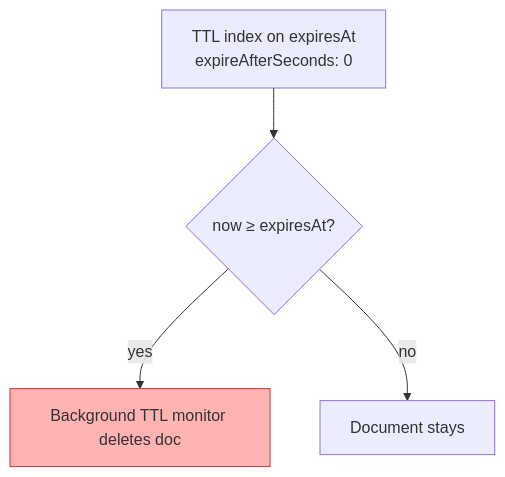
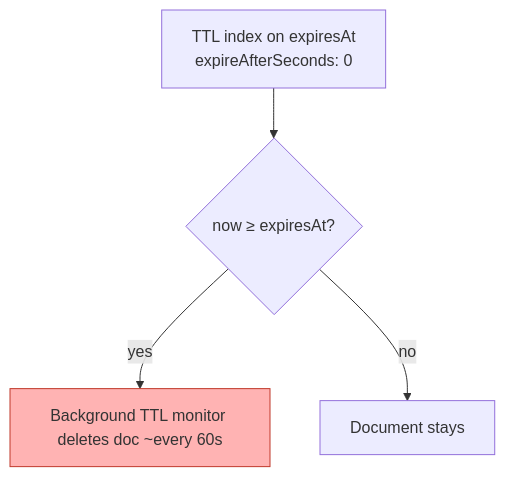
The second of 3 diagrams in 06-basic-level-system-design-problems/04-url-shortener-schema.md (ravics09/system-design-pro), drawn with Mermaid before and after one commit. The commit also changed other lines of this file and 5 other files, not shown here.

````diff
--- a/06-basic-level-system-design-problems/04-url-shortener-schema.md
+++ b/06-basic-level-system-design-problems/04-url-shortener-schema.md
@@ -120,7 +137,7 @@
 ```mermaid
 flowchart TD
     A["TTL index on expiresAt<br/>expireAfterSeconds: 0"] --> B{now ≥ expiresAt?}
-    B -->|yes| C[Background TTL monitor deletes doc]
+    B -->|yes| C[Background TTL monitor deletes doc ~every 60s]
     B -->|no| D[Document stays]
     style C fill:#ffb3b3,stroke:#c0392b
 ```
````
